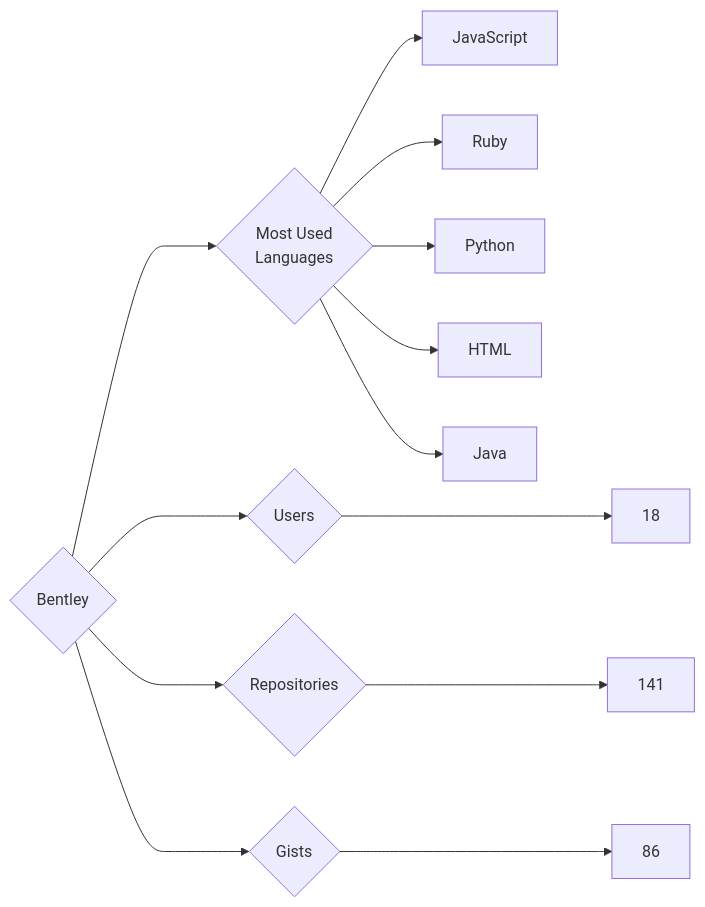
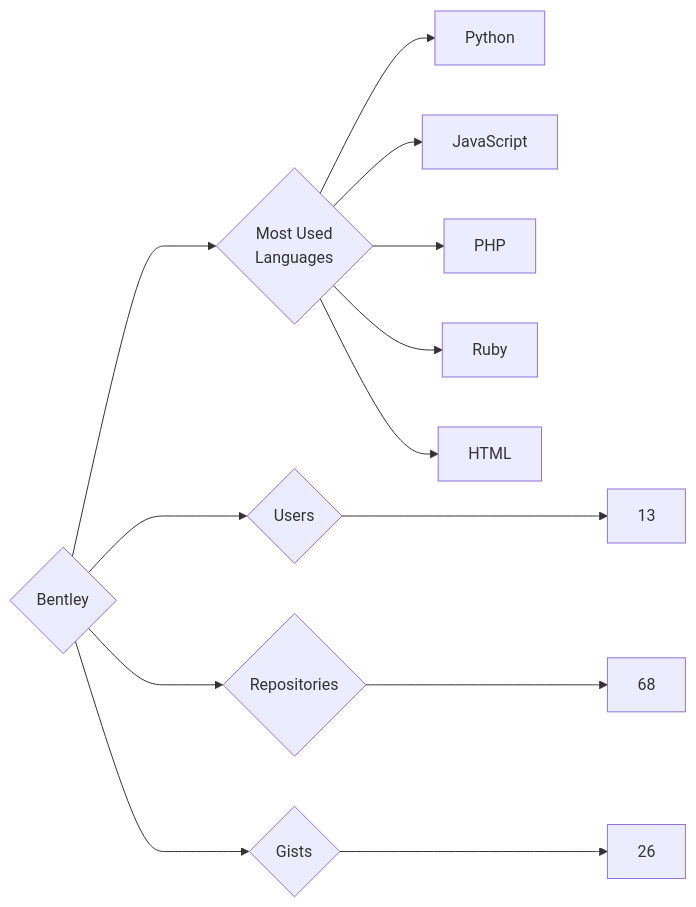
One commit to trickest/insiders changed the diagram in targets/Bentley/README.md. Above: the diagram before and after it, drawn with Mermaid. The commit also changed 681 other files, not shown here.

````diff
--- a/targets/Bentley/README.md
+++ b/targets/Bentley/README.md
@@ -3,13 +3,13 @@
 ```mermaid
 graph LR
 COMPANY_NAME{Bentley}
-COMPANY_NAME ---> U{Users} ---> UN[18]
-COMPANY_NAME ---> R{Repositories} ---> RN[141]
-COMPANY_NAME ---> G{Gists} ---> GN[86]
+COMPANY_NAME ---> U{Users} ---> UN[13]
+COMPANY_NAME ---> R{Repositories} ---> RN[68]
+COMPANY_NAME ---> G{Gists} ---> GN[26]
 COMPANY_NAME ---> ML{Most Used<br>Languages}
+ML --> Python[Python]
 ML --> JavaScript[JavaScript]
+ML --> PHP[PHP]
 ML --> Ruby[Ruby]
-ML --> Python[Python]
 ML --> HTML[HTML]
-ML --> Java[Java]
 ```
````
